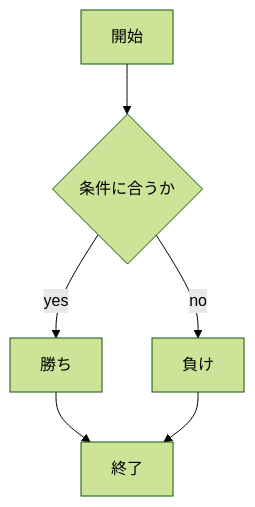
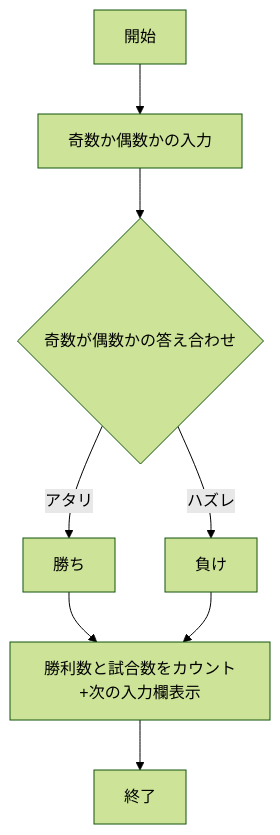
One commit to KAISEI02/webpro_06 changed the third of 4 diagrams in README.md. Above: the diagram before and after it, drawn with Mermaid (forest theme). The commit also changed other lines of this file and 3 other files, not shown here.

````diff
--- a/README.md
+++ b/README.md
@@ -23,15 +104,19 @@
 ```mermaid
 flowchart TD;
 
 start["開始"];
+in["奇数か偶数かの入力"]
 end1["終了"];
-if{"条件に合うか"};
+if{"奇数が偶数かの答え合わせ"};
 win["勝ち"];
 loose["負け"];
+count["勝利数と試合数をカウント+次の入力欄表示"]
 
-start --> if;
-if -->|yes| win;
-win --> end1;
-if -->|no| loose;
-loose --> end1;
+start --> in;
+in --> if;
+if -->|アタリ| win;
+win --> count;
+if -->|ハズレ| loose;
+loose --> count;
+count --> end1;
 ```
````
